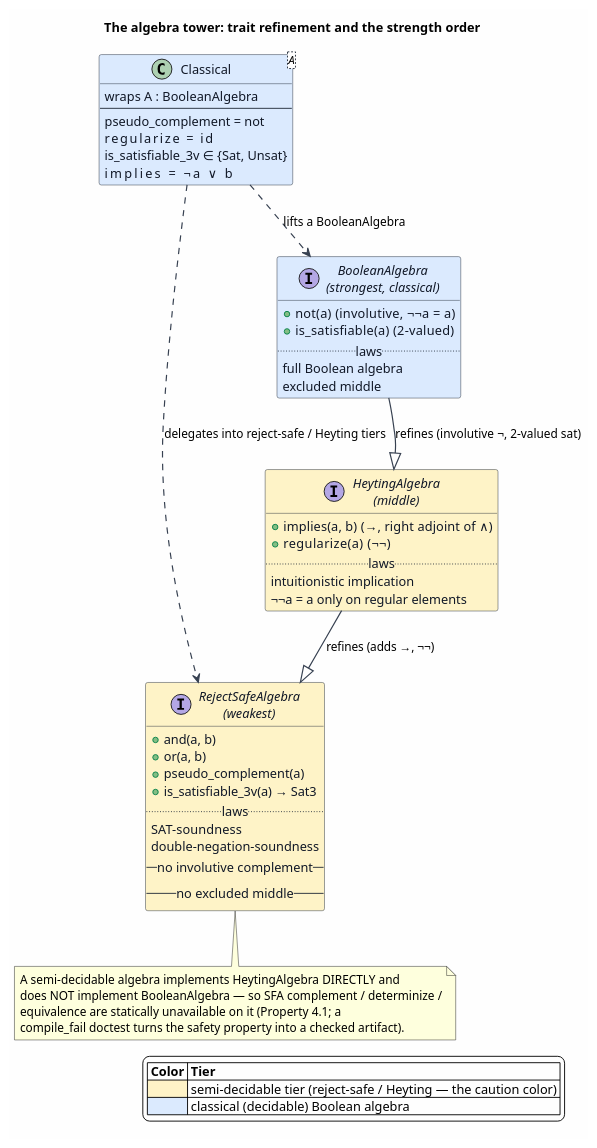
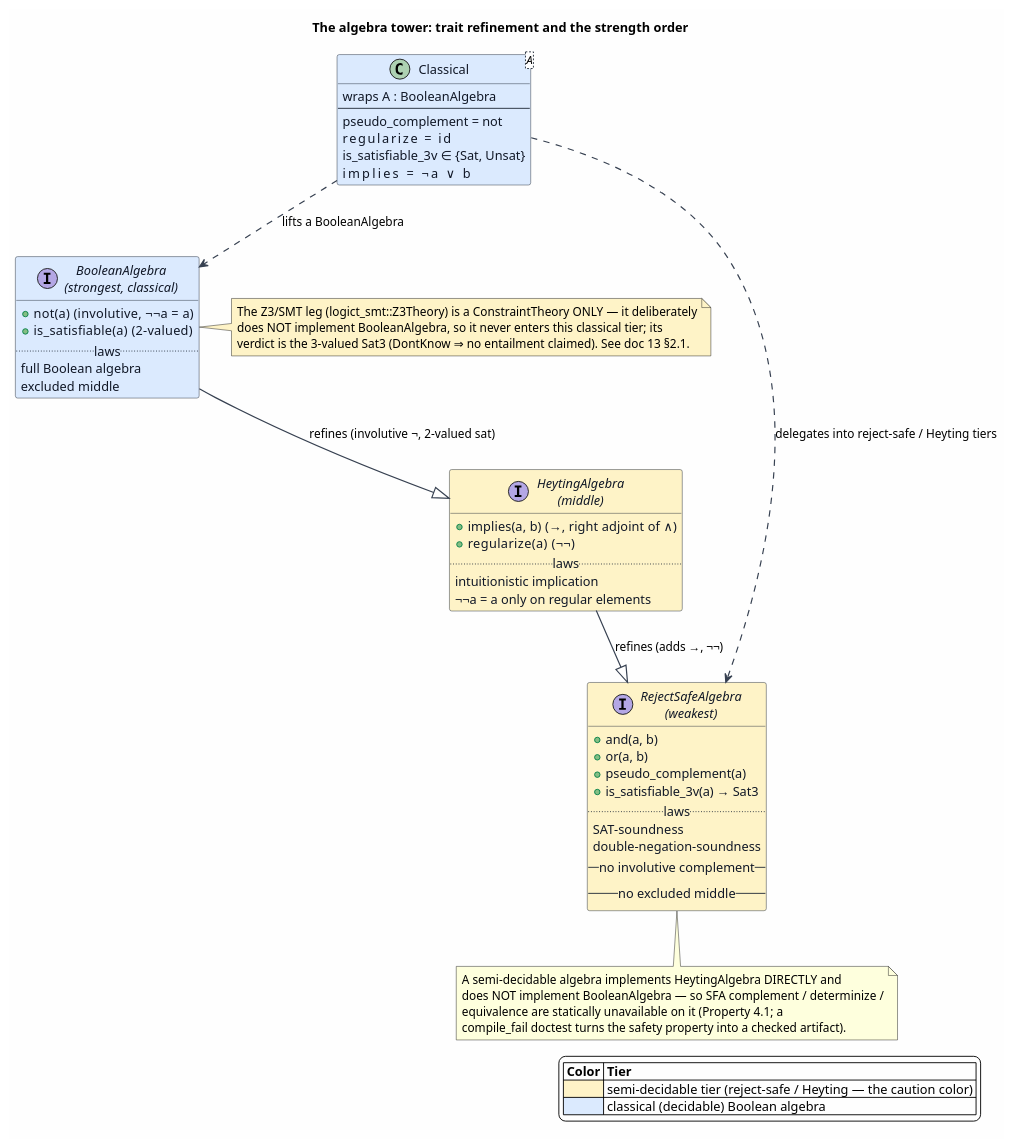
One commit to F1R3FLY-io/mettail-rust changed the diagram in docs/architecture/semantic-predicates/figures/05-algebra-tower.puml. Above: the diagram before and after it, drawn with PlantUML. The commit also changed 23 other files, not shown here.

```diff
--- a/docs/architecture/semantic-predicates/figures/05-algebra-tower.puml
+++ b/docs/architecture/semantic-predicates/figures/05-algebra-tower.puml
@@ -1,71 +1,77 @@
 @startuml
 title The algebra tower: trait refinement and the strength order
 
 skinparam backgroundColor #FEFEFE
 skinparam shadowing false
 skinparam ArrowColor #374151
 skinparam ArrowThickness 1.3
 skinparam class {
   BorderColor #1F2937
   FontColor #111827
   AttributeFontColor #111827
 }
 
 interface "RejectSafeAlgebra\n(weakest)" as RSA #FEF3C7 {
   + and(a, b)
   + or(a, b)
   + pseudo_complement(a)
   + is_satisfiable_3v(a) → Sat3
   .. laws ..
   SAT-soundness
   double-negation-soundness
   -- no involutive complement --
   -- no excluded middle --
 }
 
 interface "HeytingAlgebra\n(middle)" as HA #FEF3C7 {
   + implies(a, b)   (→, right adjoint of ∧)
   + regularize(a)   (¬¬)
   .. laws ..
   intuitionistic implication
   ¬¬a = a only on regular elements
 }
 
 interface "BooleanAlgebra\n(strongest, classical)" as BA #DBEAFE {
   + not(a)   (involutive, ¬¬a = a)
   + is_satisfiable(a)   (2-valued)
   .. laws ..
   full Boolean algebra
   excluded middle
 }
 
 class "Classical<A>" as CL #DBEAFE {
   wraps A : BooleanAlgebra
   --
   pseudo_complement = not
   regularize        = id
   is_satisfiable_3v ∈ {Sat, Unsat}
   implies           = ¬a ∨ b
 }
 
 ' refinement: stronger refines weaker (strength order)
 HA  --|> RSA : refines (adds →, ¬¬)
 BA  --|> HA  : refines (involutive ¬, 2-valued sat)
 
 ' Classical lifts a BooleanAlgebra UP into the tower
 CL ..> BA  : lifts a BooleanAlgebra
 CL ..> RSA : delegates into reject-safe / Heyting tiers
 
 note bottom of RSA
   A semi-decidable algebra implements HeytingAlgebra DIRECTLY and
   does NOT implement BooleanAlgebra — so SFA complement / determinize /
   equivalence are statically unavailable on it (Property 4.1; a
   compile_fail doctest turns the safety property into a checked artifact).
 end note
 
+note right of BA #FEF3C7
+  The Z3/SMT leg (logict_smt::Z3Theory) is a ConstraintTheory ONLY — it deliberately
+  does NOT implement BooleanAlgebra, so it never enters this classical tier; its
+  verdict is the 3-valued Sat3 (DontKnow ⇒ no entailment claimed). See doc 13 §2.1.
+end note
+
 legend right
 |= Color |= Tier |
 |<#FEF3C7> | semi-decidable tier (reject-safe / Heyting — the caution color) |
 |<#DBEAFE> | classical (decidable) Boolean algebra |
 endlegend
 @enduml
```
